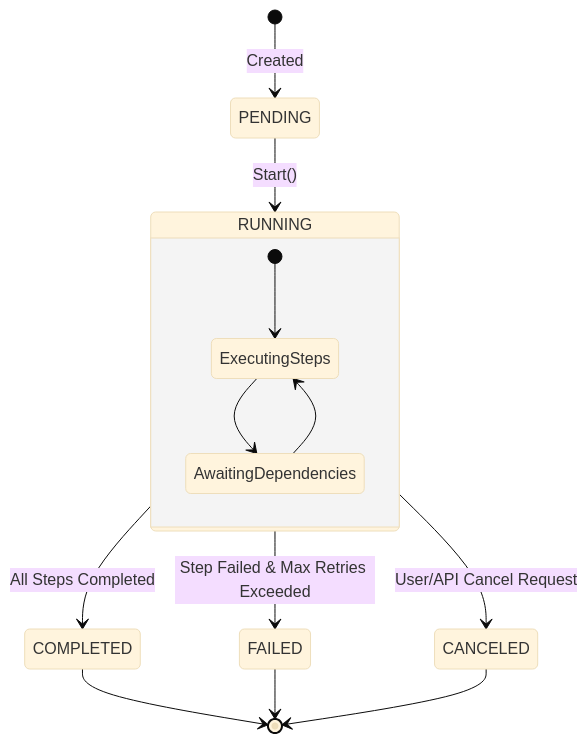
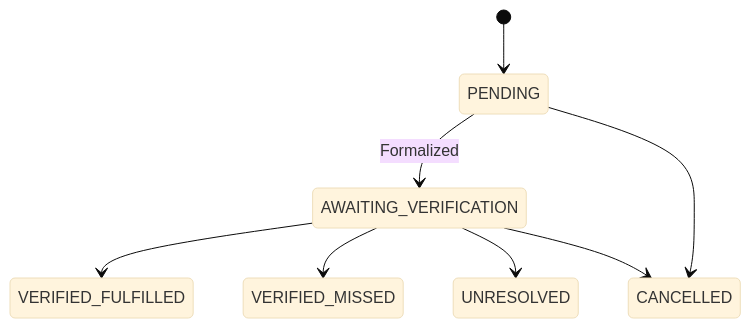
Before and after one commit to fomo-ash/Aether: the first of 2 diagrams in docs/STATE_MACHINE.md, drawn with Mermaid (base theme). The commit also changed other lines of this file and 20 other files, not shown here.

````diff
--- a/docs/STATE_MACHINE.md
+++ b/docs/STATE_MACHINE.md
@@ -10,19 +5,12 @@
 ```mermaid
 stateDiagram-v2
-    [*] --> PENDING : Created
-    PENDING --> RUNNING : Start()
+    [*] --> PENDING
+    PENDING --> AWAITING_VERIFICATION : Formalized
     
-    state RUNNING {
-        [*] --> ExecutingSteps
-        ExecutingSteps --> AwaitingDependencies
-        AwaitingDependencies --> ExecutingSteps
-    }
+    AWAITING_VERIFICATION --> VERIFIED_FULFILLED
+    AWAITING_VERIFICATION --> VERIFIED_MISSED
+    AWAITING_VERIFICATION --> UNRESOLVED
     
-    RUNNING --> COMPLETED : All Steps Completed
-    RUNNING --> FAILED : Step Failed & Max Retries Exceeded
-    RUNNING --> CANCELED : User/API Cancel Request
-    
-    COMPLETED --> [*]
-    FAILED --> [*]
-    CANCELED --> [*]
+    PENDING --> CANCELLED
+    AWAITING_VERIFICATION --> CANCELLED
 ```
````
